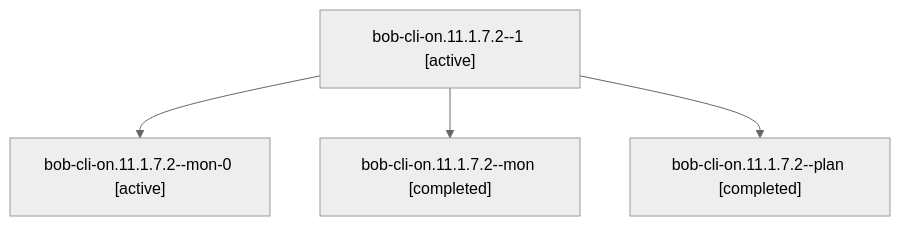
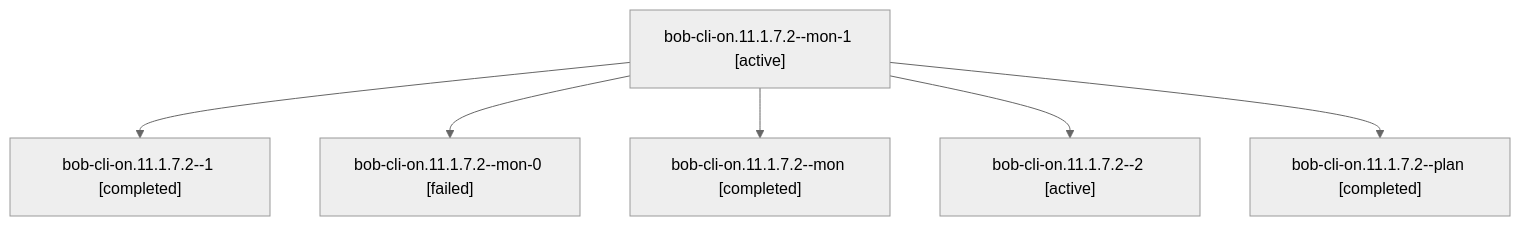
The diagram in sessions/bbugyi200.athena.bob-cli-on.11.1.7.2.md (bobs-org/bob-cli--agents), drawn with Mermaid (neutral theme) before and after one commit. The commit also changed other lines of this file and 180 other files, not shown here.

````diff
--- a/sessions/bbugyi200.athena.bob-cli-on.11.1.7.2.md
+++ b/sessions/bbugyi200.athena.bob-cli-on.11.1.7.2.md
@@ -9,10 +9,14 @@
 ```mermaid
 flowchart TD
-  n0["bob-cli-on.11.1.7.2--1 [active]"]
-  n1["bob-cli-on.11.1.7.2--mon-0 [active]"]
+  n0["bob-cli-on.11.1.7.2--mon-1 [active]"]
+  n1["bob-cli-on.11.1.7.2--1 [completed]"]
   n0 --> n1
-  n2["bob-cli-on.11.1.7.2--mon [completed]"]
+  n2["bob-cli-on.11.1.7.2--mon-0 [failed]"]
   n0 --> n2
-  n3["bob-cli-on.11.1.7.2--plan [completed]"]
+  n3["bob-cli-on.11.1.7.2--mon [completed]"]
   n0 --> n3
+  n4["bob-cli-on.11.1.7.2--2 [active]"]
+  n0 --> n4
+  n5["bob-cli-on.11.1.7.2--plan [completed]"]
+  n0 --> n5
 ```
````
